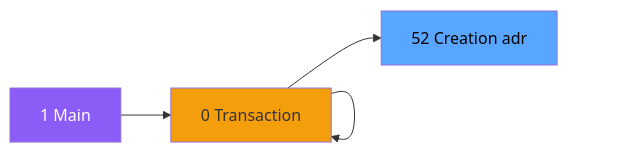
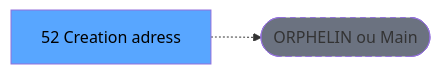
The second of 3 diagrams in .openspec/specs/ADH-IDE-52.md (thonyAGP/lecteur-magic), drawn with Mermaid before and after one commit. The commit also changed other lines of this file and 701 other files, not shown here.

````diff
--- a/.openspec/specs/ADH-IDE-52.md
+++ b/.openspec/specs/ADH-IDE-52.md
@@ -115,23 +119,8 @@
 ```mermaid
 graph LR
-    M[1 Main]
-    N0[0 Histo ventes]
-    N0[0 Histo ventes]
-    N0[0 Histo ventes]
-    N0[0 Print extrai]
-    N0[0 Transaction ]
-    T[52 Creation adr]
-    M --> N0
-    N0 --> N0
-    N0 --> N0
-    N0 --> N0
-    N0 --> N0
-    N0 --> T
-    style M fill:#8b5cf6,color:#fff
-    style N0 fill:#f59e0b
-    style N0 fill:#f59e0b
-    style N0 fill:#f59e0b
-    style N0 fill:#f59e0b
-    style N0 fill:#f59e0b
+    T[52 Creation adress]
+    ORPHAN([ORPHELIN ou Main])
+    T -.-> ORPHAN
     style T fill:#58a6ff,color:#000
+    style ORPHAN fill:#6b7280,stroke-dasharray: 5 5
 ```
````
